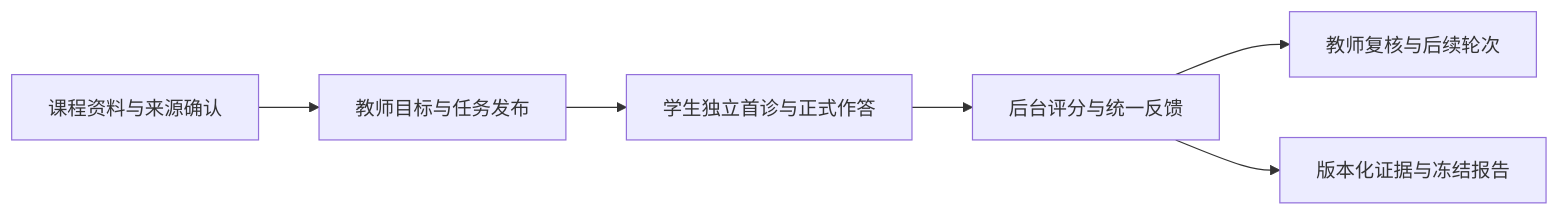
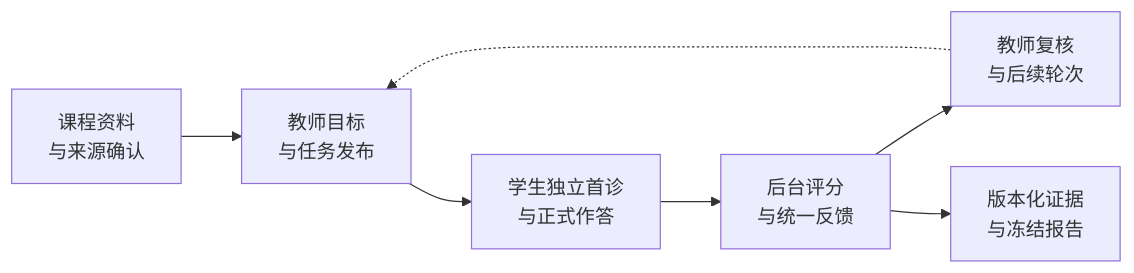
The diagram in README.md (KROZ-coding/axis-study-companion), drawn with Mermaid before and after one commit. The commit also changed other lines of this file and 3 other files, not shown here.

First line of the commit message:
docs(readme): 重写仓库简介，突出效果图与许可协议

````diff
--- a/README.md
+++ b/README.md
@@ -62,8 +52,9 @@
 ```mermaid
 flowchart LR
-    A[课程资料与来源确认] --> B[教师目标与任务发布]
-    B --> C[学生独立首诊与正式作答]
-    C --> D[后台评分与统一反馈]
-    D --> E[教师复核与后续轮次]
-    D --> F[版本化证据与冻结报告]
+    A["课程资料<br>与来源确认"] --> B["教师目标<br>与任务发布"]
+    B --> C["学生独立首诊<br>与正式作答"]
+    C --> D["后台评分<br>与统一反馈"]
+    D --> E["教师复核<br>与后续轮次"]
+    D --> F["版本化证据<br>与冻结报告"]
+    E -.-> B
 ```
````
